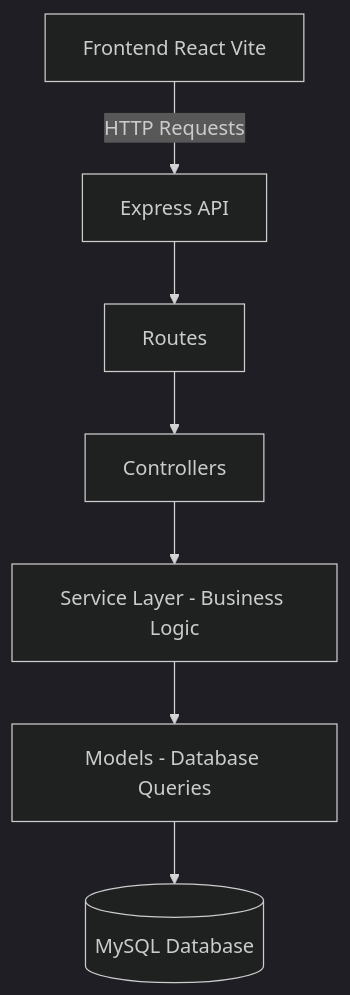
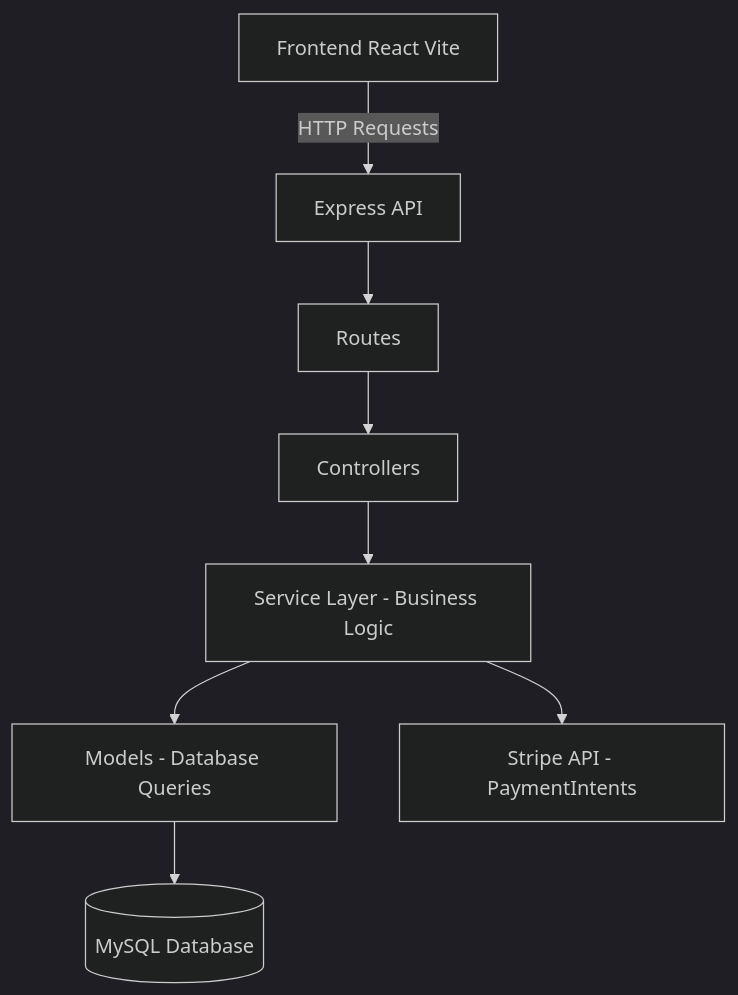
One commit to fabioesilveira/Back-end-FAST-FUEL changed the diagram in README.md. Above: the diagram before and after it, drawn with Mermaid (dark theme). The commit also changed other lines of this file, not shown here.

````diff
--- a/README.md
+++ b/README.md
@@ -52,9 +59,10 @@
 ```mermaid
 flowchart TD
-    A[Frontend React Vite] -->|HTTP Requests| B[Express API]
-    B --> C[Routes]
-    C --> D[Controllers]
-    D --> E[Service Layer - Business Logic]
-    E --> F[Models - Database Queries]
-    F --> G[(MySQL Database)]
+A[Frontend React Vite] -->|HTTP Requests| B[Express API]
+B --> C[Routes]
+C --> D[Controllers]
+D --> E[Service Layer - Business Logic]
+E --> F[Models - Database Queries]
+F --> G[(MySQL Database)]
+E --> H[Stripe API - PaymentIntents]
  ```
````
